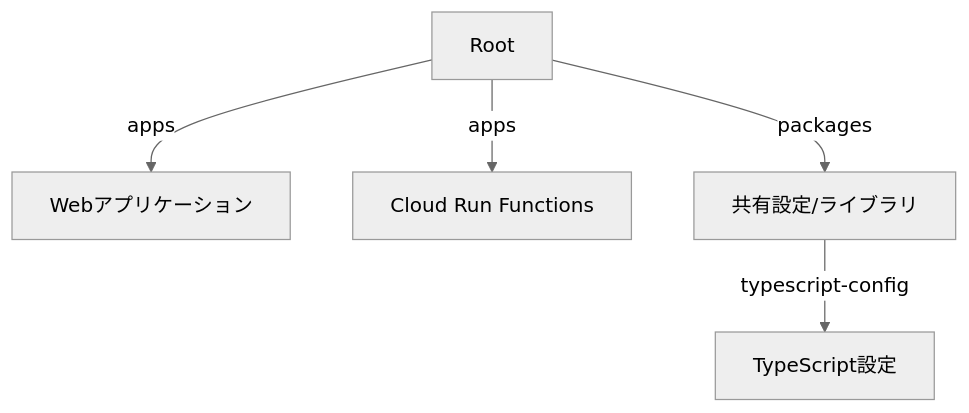
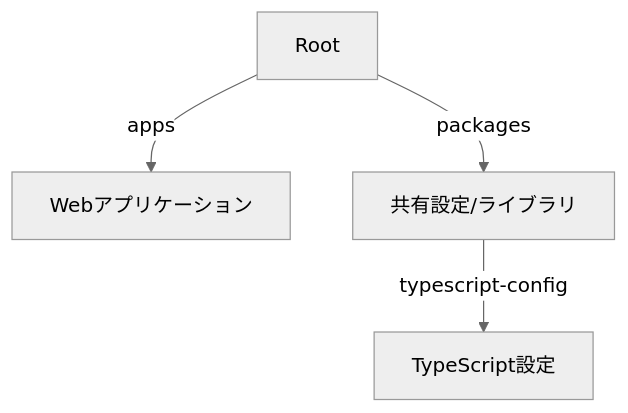
Before and after one commit to nothink-jp/suzumina.click: the diagram in docs/PROJECT_ANALYSIS.md, drawn with Mermaid (neutral theme). The commit also changed other lines of this file and 23 other files, not shown here.

````diff
--- a/docs/PROJECT_ANALYSIS.md
+++ b/docs/PROJECT_ANALYSIS.md
@@ -5,7 +5,6 @@
 ```mermaid
 graph TD
     A[Root] -->|apps| B[Webアプリケーション]
-    A -->|apps| C[Cloud Run Functions]
     A -->|packages| D[共有設定/ライブラリ]
     D -->|typescript-config| E[TypeScript設定]
 ```
````
